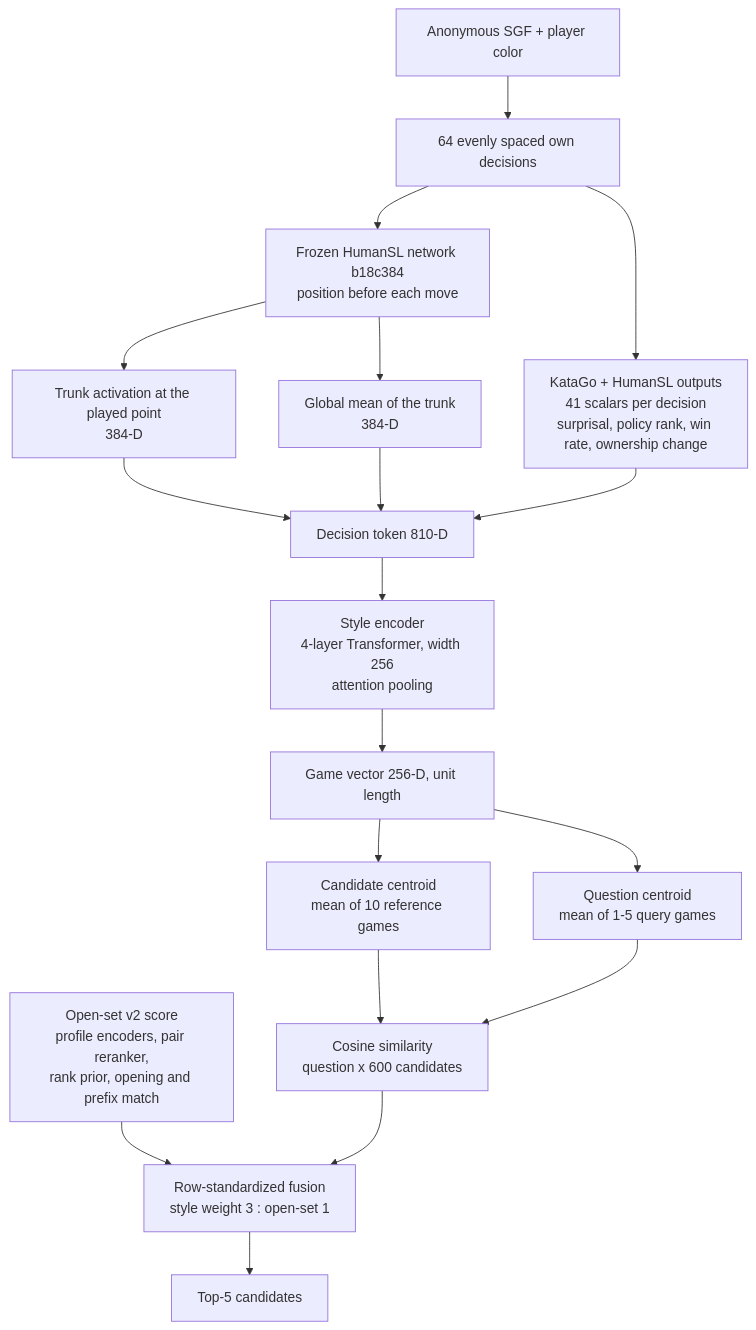
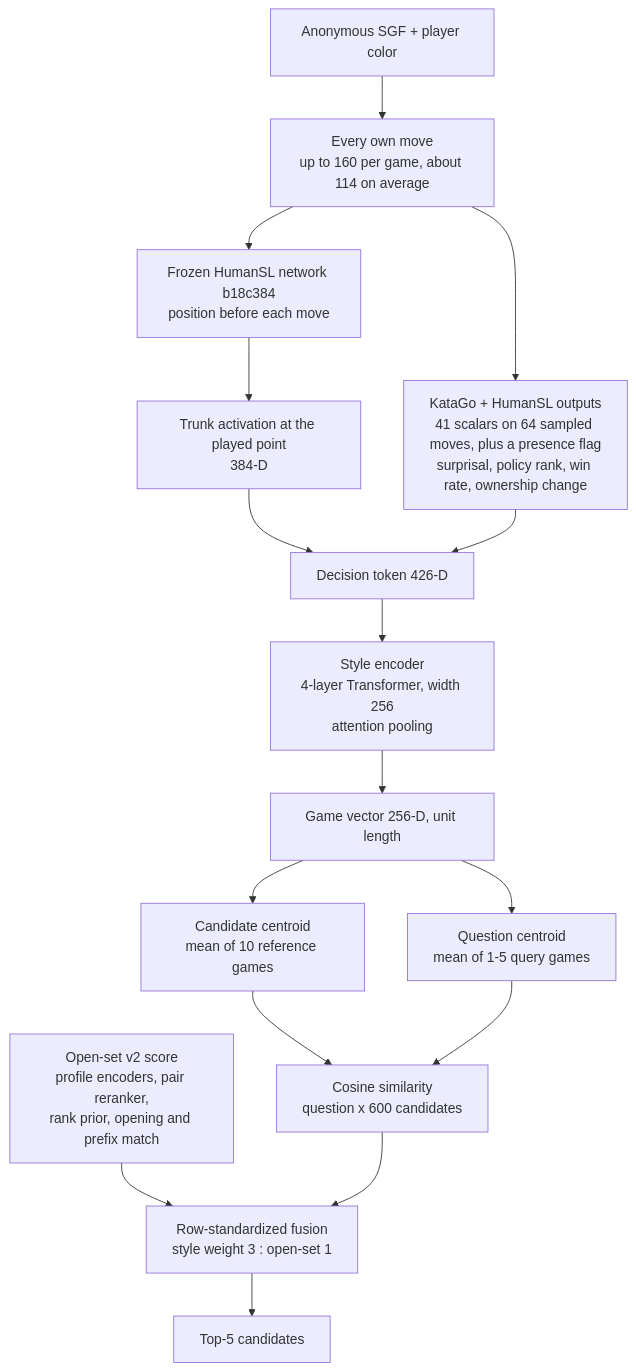
One commit to richard880502/AICUP2026_GO changed the first of 3 diagrams in README.md. Above: the diagram before and after it, drawn with Mermaid. The commit also changed other lines of this file and 5 other files, not shown here.

First line of the commit message:
Read every own move in the style encoder; record Public 0.8345466

````diff
--- a/README.md
+++ b/README.md
@@ -44,26 +44,24 @@
 ```mermaid
 flowchart TD
-    SGF["Anonymous SGF + player color"] --> SAMPLE["64 evenly spaced own decisions"]
+    SGF["Anonymous SGF + player color"] --> SAMPLE["Every own move<br/>up to 160 per game, about 114 on average"]
 
     SAMPLE --> HUMAN["Frozen HumanSL network b18c384<br/>position before each move"]
     HUMAN --> LOCAL["Trunk activation at the played point<br/>384-D"]
-    HUMAN --> GLOBAL["Global mean of the trunk<br/>384-D"]
 
-    SAMPLE --> ENGINE["KataGo + HumanSL outputs<br/>41 scalars per decision<br/>surprisal, policy rank, win rate, ownership change"]
+    SAMPLE --> ENGINE["KataGo + HumanSL outputs<br/>41 scalars on 64 sampled moves, plus a presence flag<br/>surprisal, policy rank, win rate, ownership change"]
 
-    LOCAL --> TOKEN["Decision token 810-D"]
-    GLOBAL --> TOKEN
+    LOCAL --> TOKEN["Decision token 426-D"]
     ENGINE --> TOKEN
 
     TOKEN --> ENCODER["Style encoder<br/>4-layer Transformer, width 256<br/>attention pooling"]
     ENCODER --> GAME["Game vector 256-D, unit length"]
 
     GAME --> REF["Candidate centroid<br/>mean of 10 reference games"]
     GAME --> QUERY["Question centroid<br/>mean of 1-5 query games"]
     REF --> COSINE["Cosine similarity<br/>question x 600 candidates"]
     QUERY --> COSINE
 
     OPENSET["Open-set v2 score<br/>profile encoders, pair reranker,<br/>rank prior, opening and prefix match"] --> FUSE
     COSINE --> FUSE["Row-standardized fusion<br/>style weight 3 : open-set 1"]
     FUSE --> TOP5["Top-5 candidates"]
 ```
````
